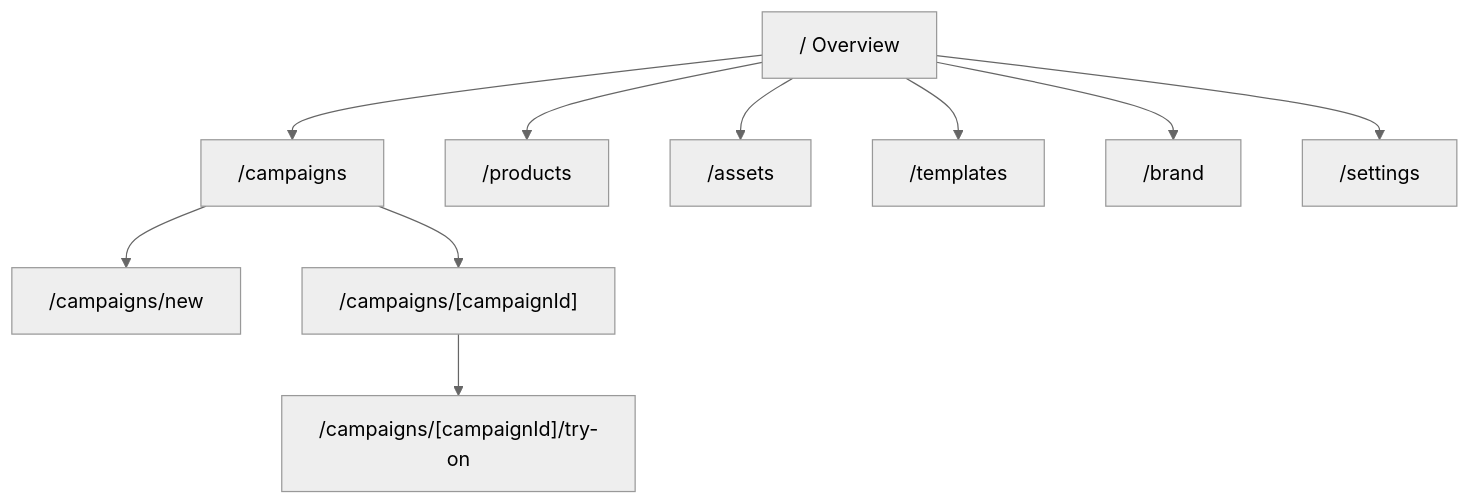
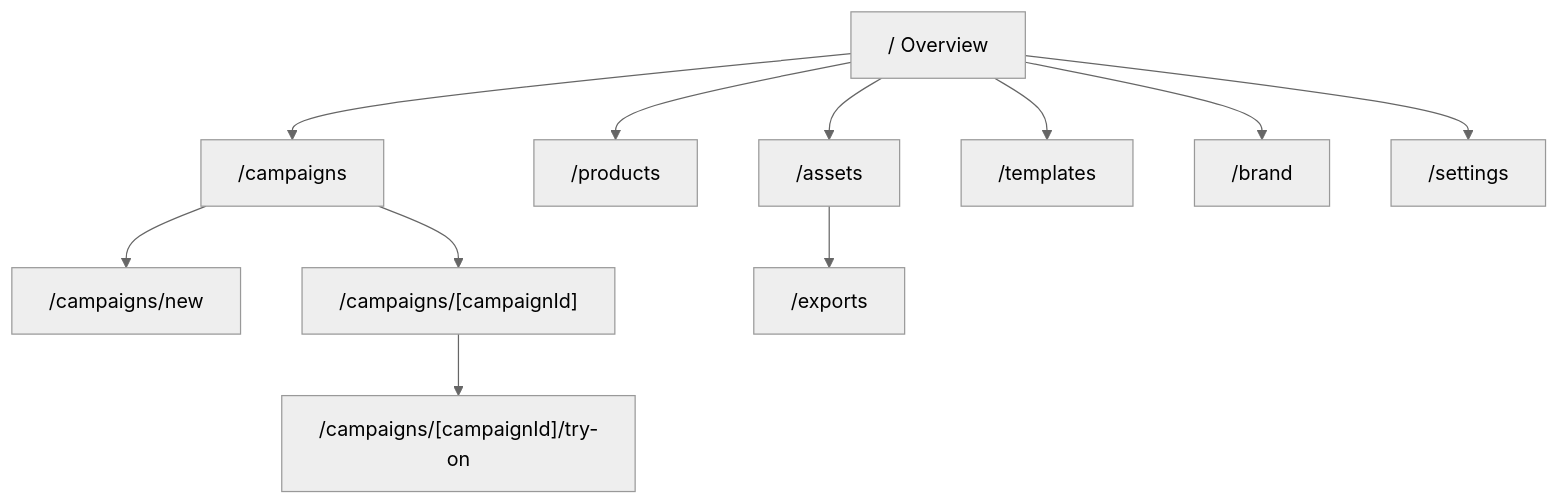
Before and after one commit to raymo001/Campaign_studio: the diagram in docs/wireframes-and-route-map.md, drawn with Mermaid (neutral theme). The commit also changed other lines of this file and 16 other files, not shown here.

````diff
--- a/docs/wireframes-and-route-map.md
+++ b/docs/wireframes-and-route-map.md
@@ -7,12 +7,13 @@
 ```mermaid
 flowchart TD
     A["/ Overview"] --> B["/campaigns"]
     B --> C["/campaigns/new"]
     B --> D["/campaigns/[campaignId]"]
     D --> J["/campaigns/[campaignId]/try-on"]
     A --> E["/products"]
     A --> F["/assets"]
+    F --> K["/exports"]
     A --> G["/templates"]
     A --> H["/brand"]
     A --> I["/settings"]
 ```
````
